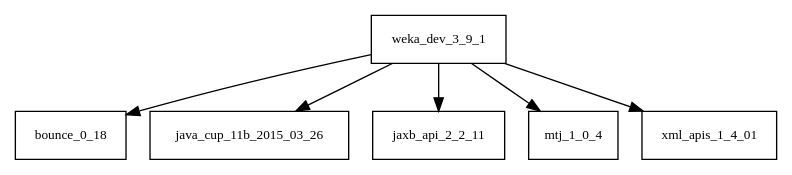
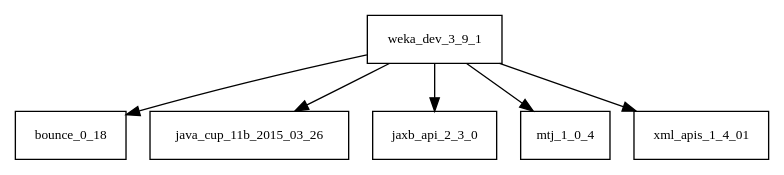
Before and after one commit to AglaianWoman/cia: the diagram in tattleTaleReport/graphviz/weka-dev-3.9.1.jar/weka-dev-3.9.1.jar.dot, drawn with Graphviz. The commit also changed 3162 other files, not shown here.

```diff
--- a/tattleTaleReport/graphviz/weka-dev-3.9.1.jar/weka-dev-3.9.1.jar.dot
+++ b/tattleTaleReport/graphviz/weka-dev-3.9.1.jar/weka-dev-3.9.1.jar.dot
@@ -1,8 +1,8 @@
 digraph weka_dev_3_9_1_dependencies {
   node [shape = box, fontsize=10.0];
   weka_dev_3_9_1 -> bounce_0_18;
   weka_dev_3_9_1 -> java_cup_11b_2015_03_26;
-  weka_dev_3_9_1 -> jaxb_api_2_2_11;
+  weka_dev_3_9_1 -> jaxb_api_2_3_0;
   weka_dev_3_9_1 -> mtj_1_0_4;
   weka_dev_3_9_1 -> xml_apis_1_4_01;
 }
```
